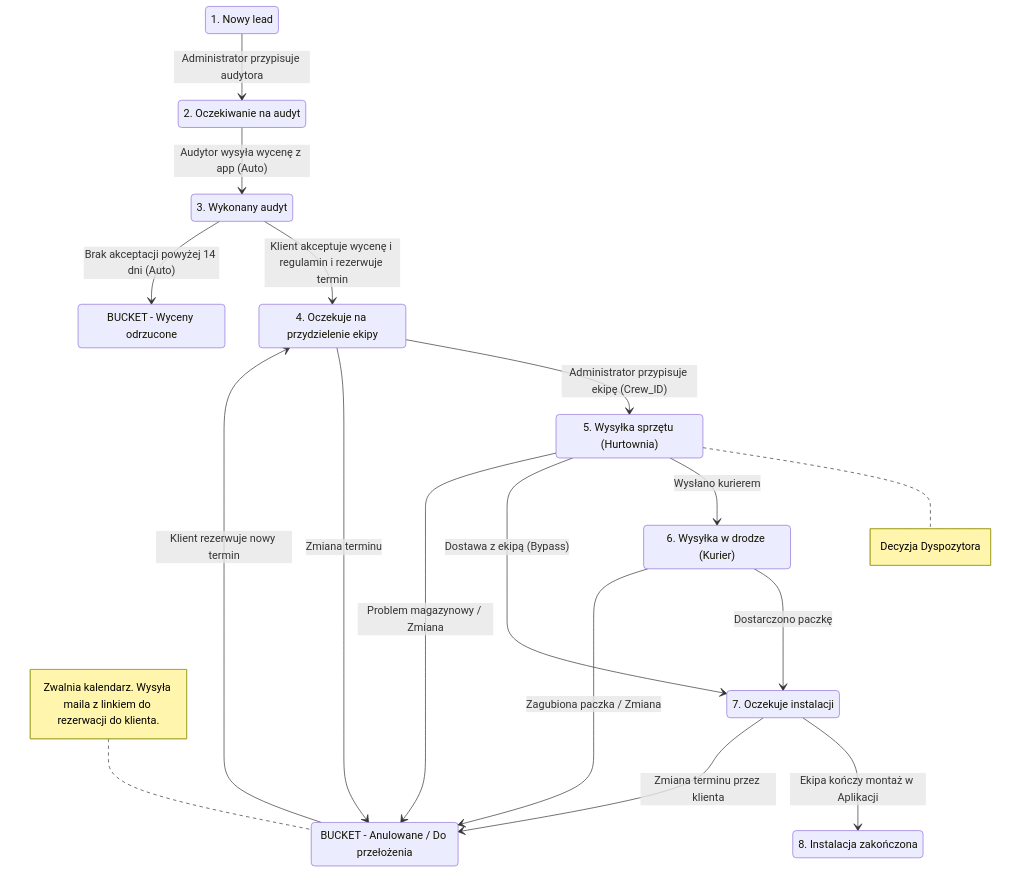
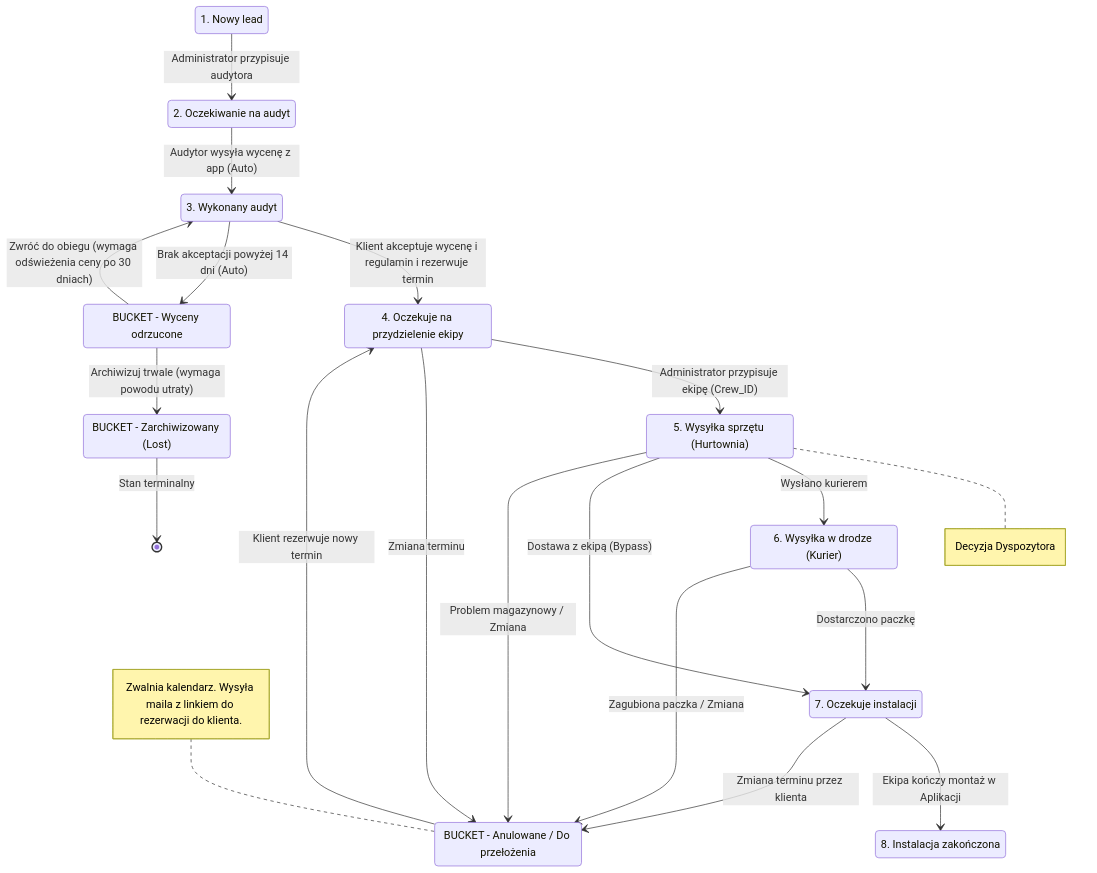
The first of 3 diagrams in turborepo/docs/architecture/b2b_funnel_process.md (aiprojectmanagersznurowski-afk/klikklima-system), drawn with Mermaid before and after one commit. The commit also changed other lines of this file and 142 other files, not shown here.

````diff
--- a/turborepo/docs/architecture/b2b_funnel_process.md
+++ b/turborepo/docs/architecture/b2b_funnel_process.md
@@ -11,43 +11,49 @@
 ```mermaid
 stateDiagram-v2
     direction TB
 
     E1: 1. Nowy lead
     E2: 2. Oczekiwanie na audyt
     E3: 3. Wykonany audyt
     E4: 4. Oczekuje na przydzielenie ekipy
     E5: 5. Wysyłka sprzętu (Hurtownia)
     E6: 6. Wysyłka w drodze (Kurier)
     E7: 7. Oczekuje instalacji
     E8: 8. Instalacja zakończona
     
     Bucket_Odrzucone: BUCKET - Wyceny odrzucone
     Bucket_Rollback: BUCKET - Anulowane / Do przełożenia
+    Bucket_Lost: BUCKET - Zarchiwizowany (Lost)
 
     %% Przepływ początkowy
     E1 --> E2 : Administrator przypisuje audytora
     E2 --> E3 : Audytor wysyła wycenę z app (Auto)
     
     %% Decyzja klienta
     E3 --> E4 : Klient akceptuje wycenę i regulamin i rezerwuje termin
     E3 --> Bucket_Odrzucone : Brak akceptacji powyżej 14 dni (Auto)
+
+    %% Wyjścia z bucketu Zimnych leadów (ADR-004)
+    Bucket_Odrzucone --> E3 : Zwróć do obiegu (wymaga odświeżenia ceny po 30 dniach)
+    Bucket_Odrzucone --> Bucket_Lost : Archiwizuj trwale (wymaga powodu utraty)
+    Bucket_Lost --> [*] : Stan terminalny
 
     %% Logistyka i montaż
     E4 --> E5 : Administrator przypisuje ekipę (Crew_ID)
 
     note right of E5: Decyzja Dyspozytora
     E5 --> E6 : Wysłano kurierem
     E5 --> E7 : Dostawa z ekipą (Bypass)
     E6 --> E7 : Dostarczono paczkę
     
     E7 --> E8 : Ekipa kończy montaż w Aplikacji
 
     %% Rollback Engine (Wyjątki logistyczne)
     E4 --> Bucket_Rollback : Zmiana terminu
     E5 --> Bucket_Rollback : Problem magazynowy / Zmiana
     E6 --> Bucket_Rollback : Zagubiona paczka / Zmiana
     E7 --> Bucket_Rollback : Zmiana terminu przez klienta
 
     note left of Bucket_Rollback: Zwalnia kalendarz. Wysyła maila z linkiem do rezerwacji do klienta.
     Bucket_Rollback --> E4 : Klient rezerwuje nowy termin
 ```
````
